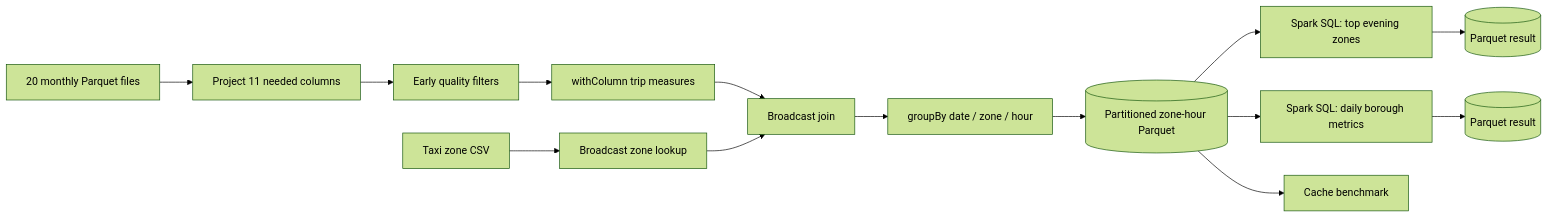
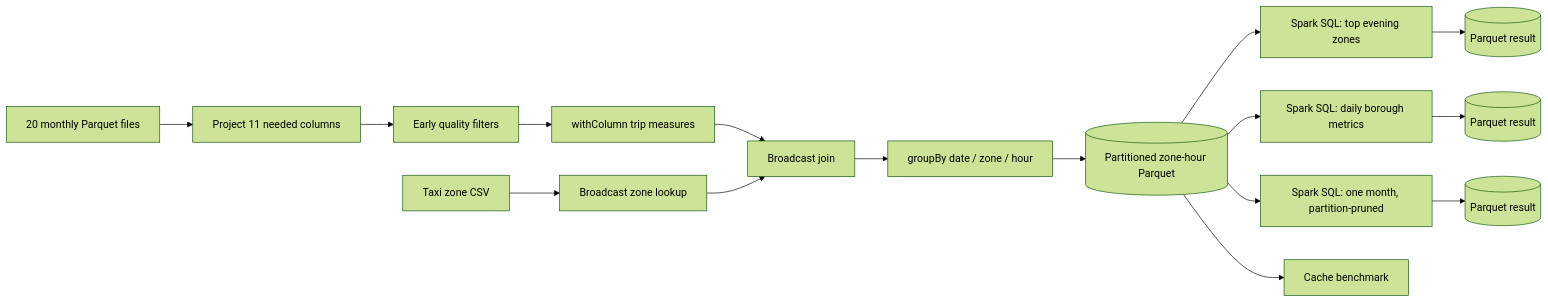
One commit to Yan0309/nyc-taxi-pyspark-pipeline changed the diagram in README.md. Above: the diagram before and after it, drawn with Mermaid (forest theme). The commit also changed other lines of this file and 24 other files, not shown here.

````diff
--- a/README.md
+++ b/README.md
@@ -31,16 +31,18 @@
 ```mermaid
 flowchart LR
     A[20 monthly Parquet files] --> B[Project 11 needed columns]
     C[Taxi zone CSV] --> D[Broadcast zone lookup]
     B --> E[Early quality filters]
     E --> F[withColumn trip measures]
     F --> G[Broadcast join]
     D --> G
     G --> H[groupBy date / zone / hour]
     H --> I[(Partitioned zone-hour Parquet)]
     I --> J[Spark SQL: top evening zones]
     I --> K[Spark SQL: daily borough metrics]
+    I --> P[Spark SQL: one month, partition-pruned]
     I --> L[Cache benchmark]
     J --> M[(Parquet result)]
     K --> N[(Parquet result)]
+    P --> Q[(Parquet result)]
 ```
````
